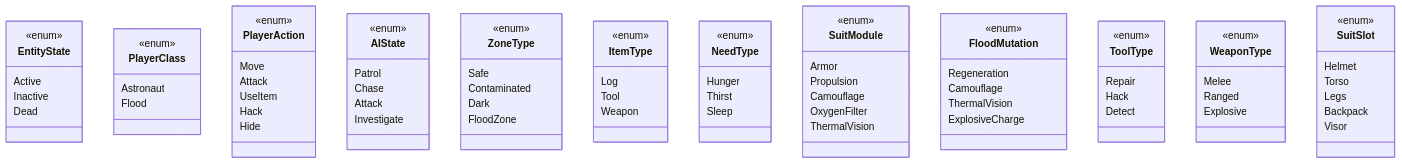
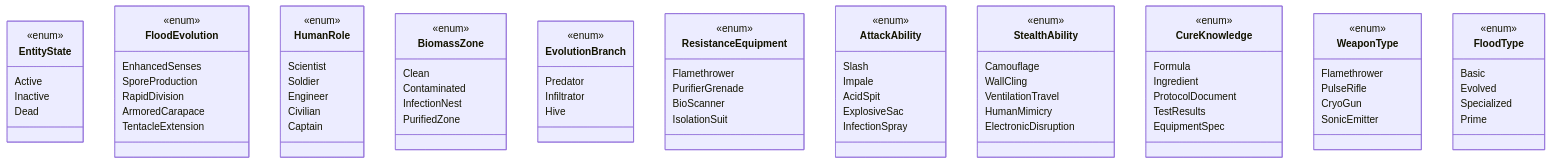
One commit to MAAN-STUDIOS/base-human-edition changed the second of 2 diagrams in README.md. Above: the diagram before and after it, drawn with Mermaid. The commit also changed other lines of this file and 1 other file, not shown here.

````diff
--- a/README.md
+++ b/README.md
@@ -464,5 +405,4 @@
 ```mermaid
-
 classDiagram
     class EntityState {
         <<enum>>
@@ -471,89 +411,87 @@
         Dead
     }
 
-    class PlayerClass {
+    class FloodEvolution {
         <<enum>>
-        Astronaut
-        Flood
+        EnhancedSenses
+        SporeProduction
+        RapidDivision
+        ArmoredCarapace
+        TentacleExtension
     }
 
-    class PlayerAction {
+    class HumanRole {
         <<enum>>
-        Move
-        Attack
-        UseItem
-        Hack
-        Hide
+        Scientist
+        Soldier
+        Engineer
+        Civilian
+        Captain
     }
 
-    class AIState {
+    class BiomassZone {
         <<enum>>
-        Patrol
-        Chase
-        Attack
-        Investigate
+        Clean
+        Contaminated
+        InfectionNest
+        PurifiedZone
     }
 
-    class ZoneType {
+    class EvolutionBranch {
         <<enum>>
-        Safe
-        Contaminated
-        Dark
-        FloodZone
+        Predator
+        Infiltrator
+        Hive
     }
 
-    class ItemType {
+    class ResistanceEquipment {
         <<enum>>
-        Log
-        Tool
-        Weapon
+        Flamethrower
+        PurifierGrenade
+        BioScanner
+        IsolationSuit
     }
 
-    class NeedType {
+    class AttackAbility {
         <<enum>>
-        Hunger
-        Thirst
-        Sleep
+        Slash
+        Impale
+        AcidSpit
+        ExplosiveSac
+        InfectionSpray
     }
 
-    class SuitModule {
+    class StealthAbility {
         <<enum>>
-        Armor
-        Propulsion
         Camouflage
-        OxygenFilter
-        ThermalVision
+        WallCling
+        VentilationTravel
+        HumanMimicry
+        ElectronicDisruption
     }
 
-    class FloodMutation {
+    class CureKnowledge {
         <<enum>>
-        Regeneration
-        Camouflage
-        ThermalVision
-        ExplosiveCharge
-    }
-
-    class ToolType {
-        <<enum>>
-        Repair
-        Hack
-        Detect
+        Formula
+        Ingredient
+        ProtocolDocument
+        TestResults
+        EquipmentSpec
     }
 
     class WeaponType {
         <<enum>>
-        Melee
-        Ranged
-        Explosive
+        Flamethrower
+        PulseRifle
+        CryoGun
+        SonicEmitter
     }
 
-    class SuitSlot {
+    class FloodType {
         <<enum>>
-        Helmet
-        Torso
-        Legs
-        Backpack
-        Visor
+        Basic
+        Evolved
+        Specialized
+        Prime
     }
-
 ```
````
